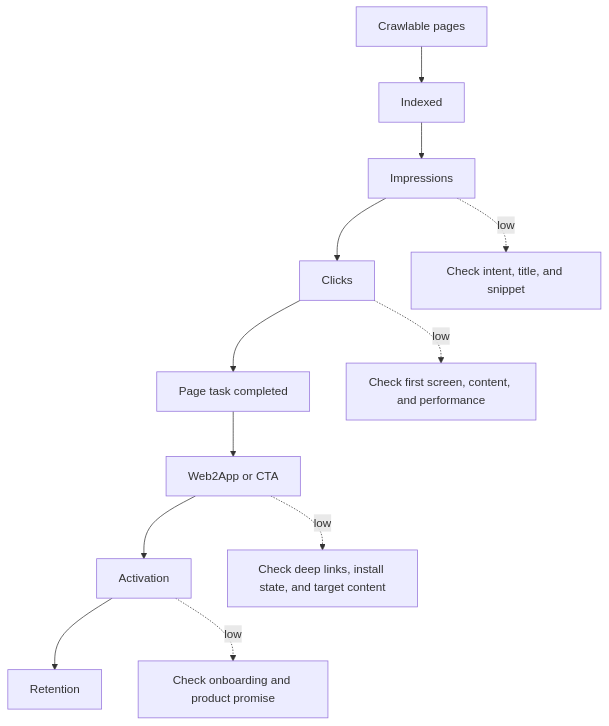
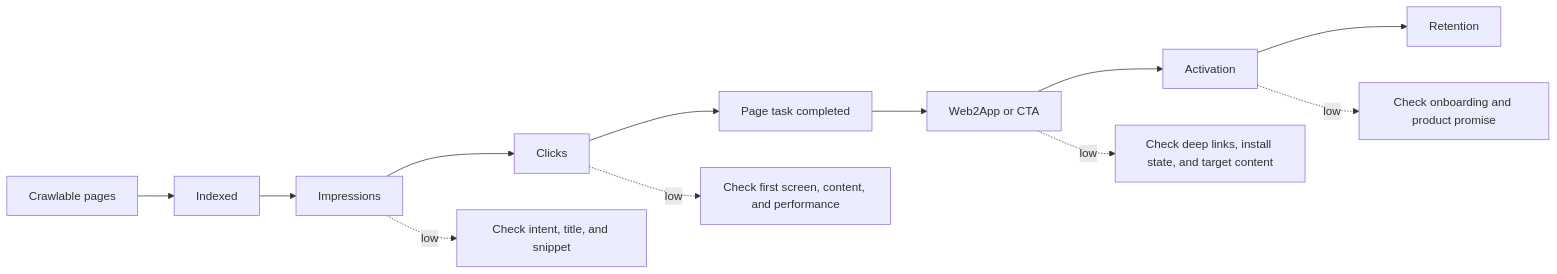
The diagram in src/content/writing/2026/08/seo-value-funnel/zh.md (Liyuk/liyuk.github.io), drawn with Mermaid before and after one commit. The commit also changed 83 other files, not shown here.

````diff
--- a/src/content/writing/2026/08/seo-value-funnel/zh.md
+++ b/src/content/writing/2026/08/seo-value-funnel/zh.md
@@ -47,14 +47,14 @@
 ```mermaid
-flowchart TD
+flowchart LR
   A[Crawlable pages] --> B[Indexed]
   B --> C[Impressions]
   C --> D[Clicks]
   D --> E[Page task completed]
   E --> F[Web2App or CTA]
   F --> G[Activation]
   G --> H[Retention]
   C -. low .-> C1[Check intent, title, and snippet]
   D -. low .-> D1[Check first screen, content, and performance]
   F -. low .-> F1[Check deep links, install state, and target content]
   G -. low .-> G1[Check onboarding and product promise]
 ```
````
